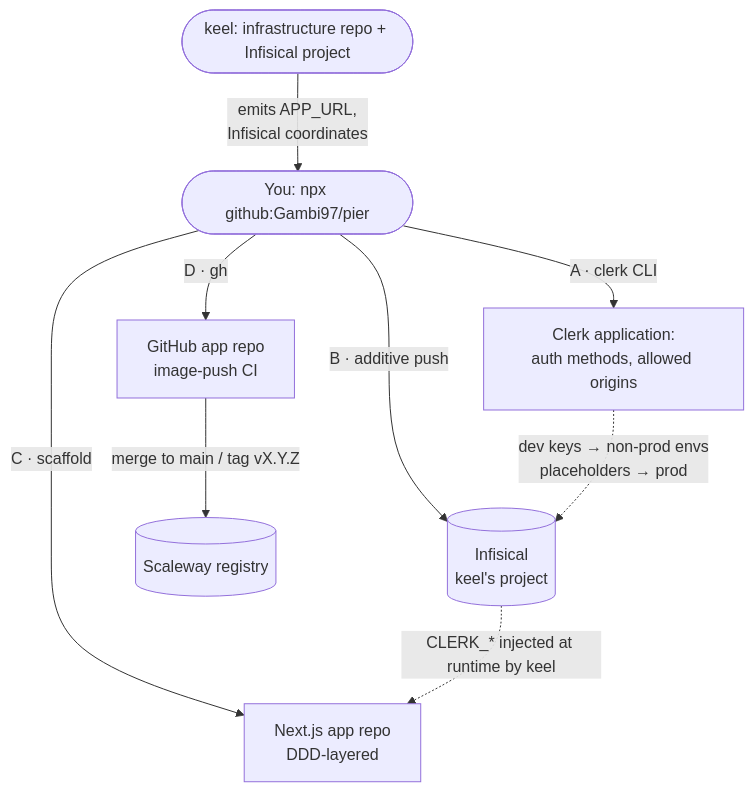
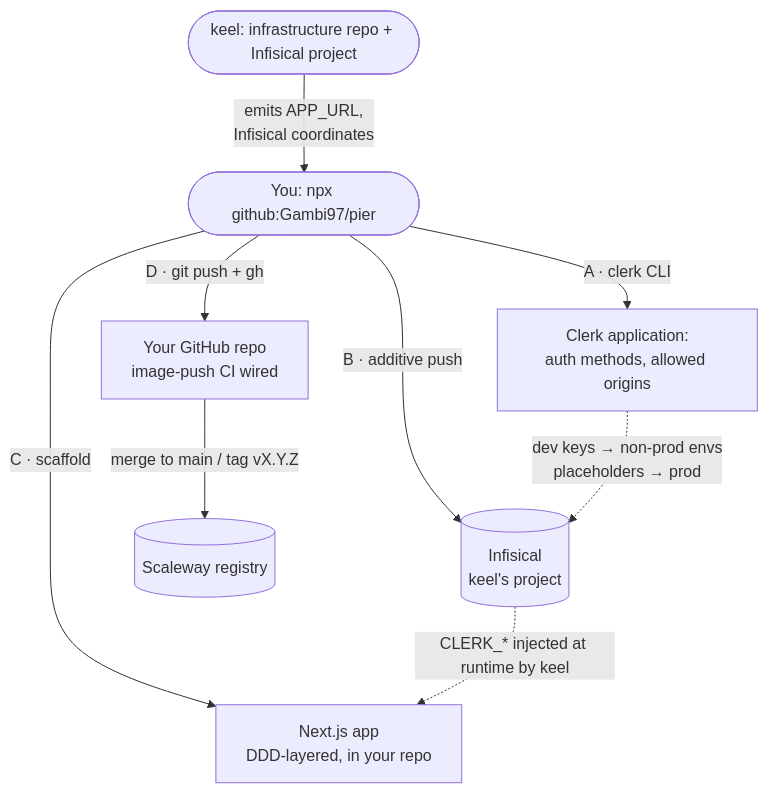
Before and after one commit to Gambi97/pier: the diagram in README.md, drawn with Mermaid. The commit also changed other lines of this file and 5 other files, not shown here.

First line of the commit message:
Run pier inside the repo instead of creating it on GitHub (#8)

````diff
--- a/README.md
+++ b/README.md
@@ -169,11 +169,11 @@
 ```mermaid
 flowchart TD
     Keel([keel: infrastructure repo + Infisical project]) -->|emits APP_URL,<br/>Infisical coordinates| You([You: npx github:Gambi97/pier])
     You -->|A · clerk CLI| CLERK[Clerk application:<br/>auth methods, allowed origins]
     You -->|B · additive push| INF[(Infisical<br/>keel's project)]
-    You -->|C · scaffold| APP[Next.js app repo<br/>DDD-layered]
-    You -->|D · gh| GH[GitHub app repo<br/>image-push CI]
+    You -->|C · scaffold| APP[Next.js app<br/>DDD-layered, in your repo]
+    You -->|D · git push + gh| GH[Your GitHub repo<br/>image-push CI wired]
     CLERK -.->|dev keys → non-prod envs<br/>placeholders → prod| INF
     GH -->|merge to main / tag vX.Y.Z| REG[(Scaleway registry)]
     INF -.->|CLERK_* injected at runtime by keel| APP
 ```
````
